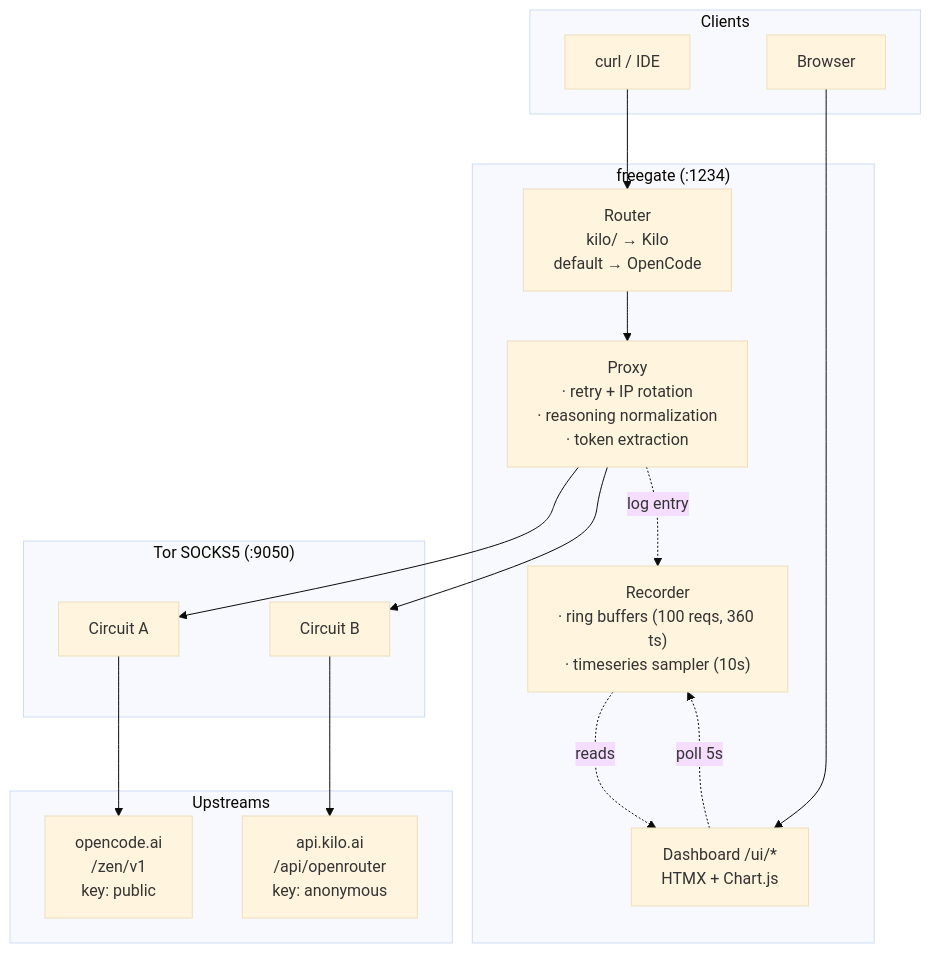
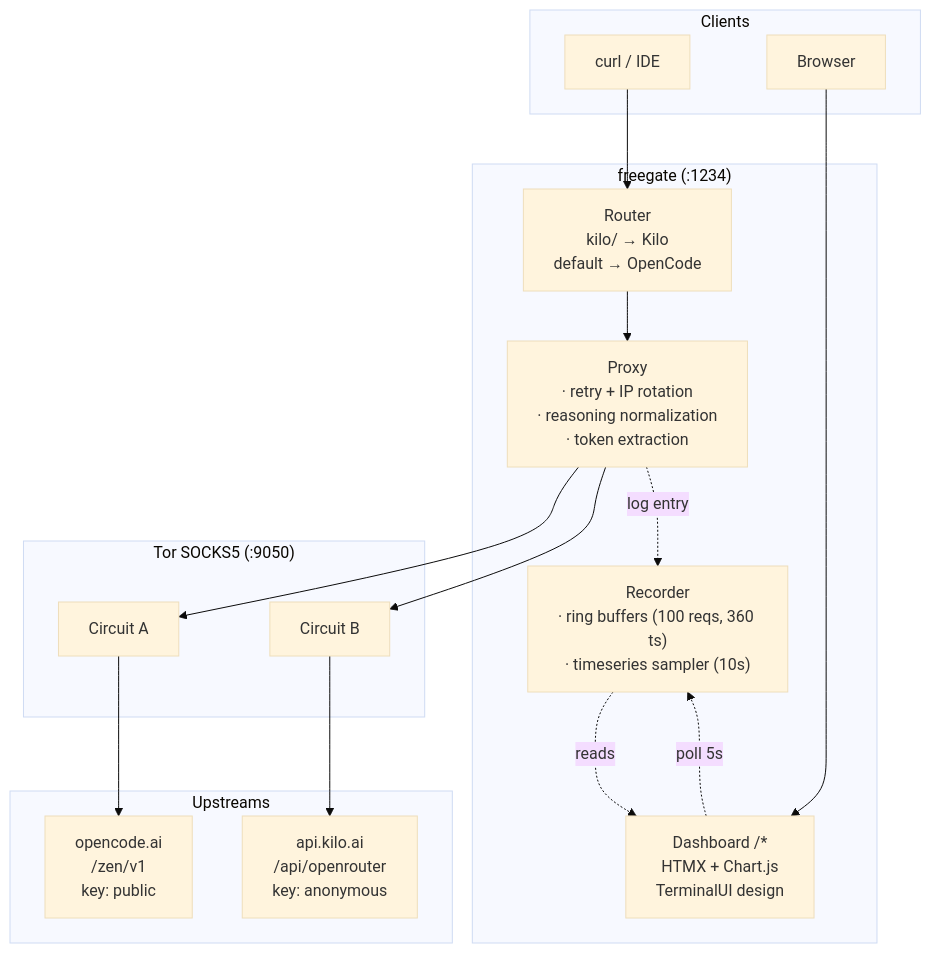
Before and after one commit to nofendian17/freegate: the diagram in README.md, drawn with Mermaid (base theme). The commit also changed other lines of this file, not shown here.

Commit message:
feat: enhance dashboard description and design details in README

````diff
--- a/README.md
+++ b/README.md
@@ -150,35 +162,35 @@
 ```mermaid
 flowchart TB
     subgraph Clients["Clients"]
         CLI["curl / IDE"]
         Browser["Browser"]
     end
 
     subgraph Freegate["freegate (:1234)"]
         Router["Router<br/>kilo/ → Kilo<br/>default → OpenCode"]
         Proxy["Proxy<br/>· retry + IP rotation<br/>· reasoning normalization<br/>· token extraction"]
-        Dashboard["Dashboard /ui/*<br/>HTMX + Chart.js"]
+        Dashboard["Dashboard /*<br/>HTMX + Chart.js<br/>TerminalUI design"]
         Recorder["Recorder<br/>· ring buffers (100 reqs, 360 ts)<br/>· timeseries sampler (10s)"]
     end
 
     subgraph Tor["Tor SOCKS5 (:9050)"]
         Tor1["Circuit A"]
         Tor2["Circuit B"]
     end
 
     subgraph Upstreams["Upstreams"]
         OC["opencode.ai<br/>/zen/v1<br/>key: public"]
         Kilo["api.kilo.ai<br/>/api/openrouter<br/>key: anonymous"]
     end
 
     CLI --> Router
     Router --> Proxy
     Proxy --> Tor1
     Proxy --> Tor2
     Tor1 --> OC
     Tor2 --> Kilo
     Proxy -.->|"log entry"| Recorder
     Recorder -.->|"reads"| Dashboard
     Browser --> Dashboard
     Dashboard -.->|"poll 5s"| Recorder
 ```
````
